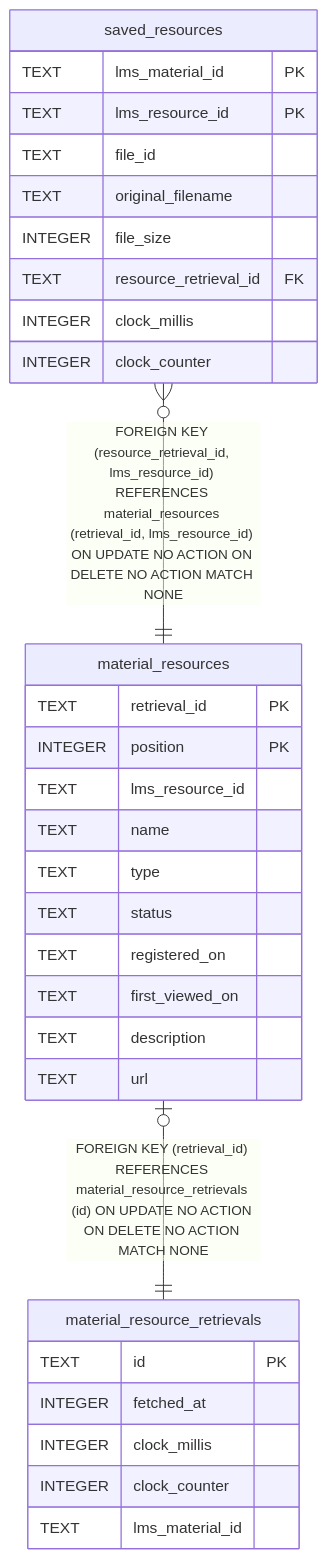
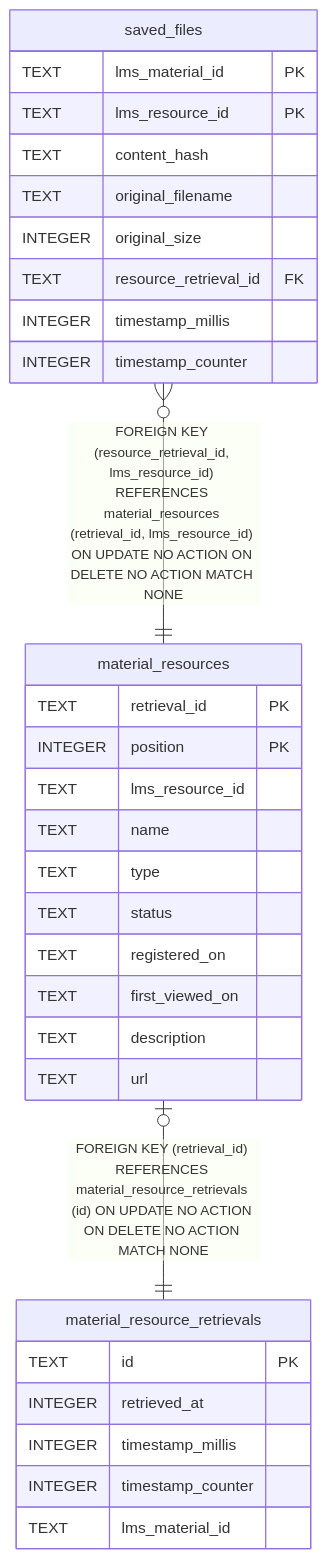
One commit to futsuuu/ku-potato changed the diagram in docs/db/material_resources.md. Above: the diagram before and after it, drawn with Mermaid. The commit also changed other lines of this file and 57 other files, not shown here.

````diff
--- a/docs/db/material_resources.md
+++ b/docs/db/material_resources.md
@@ -67,36 +67,36 @@
 ```mermaid
 erDiagram
 
 "material_resources" |o--|| "material_resource_retrievals" : "FOREIGN KEY (retrieval_id) REFERENCES material_resource_retrievals (id) ON UPDATE NO ACTION ON DELETE NO ACTION MATCH NONE"
-"saved_resources" }o--|| "material_resources" : "FOREIGN KEY (resource_retrieval_id, lms_resource_id) REFERENCES material_resources (retrieval_id, lms_resource_id) ON UPDATE NO ACTION ON DELETE NO ACTION MATCH NONE"
+"saved_files" }o--|| "material_resources" : "FOREIGN KEY (resource_retrieval_id, lms_resource_id) REFERENCES material_resources (retrieval_id, lms_resource_id) ON UPDATE NO ACTION ON DELETE NO ACTION MATCH NONE"
 
 "material_resources" {
   TEXT retrieval_id PK
   INTEGER position PK
   TEXT lms_resource_id
   TEXT name
   TEXT type
   TEXT status
   TEXT registered_on
   TEXT first_viewed_on
   TEXT description
   TEXT url
 }
 "material_resource_retrievals" {
   TEXT id PK
-  INTEGER fetched_at
-  INTEGER clock_millis
-  INTEGER clock_counter
+  INTEGER retrieved_at
+  INTEGER timestamp_millis
+  INTEGER timestamp_counter
   TEXT lms_material_id
 }
-"saved_resources" {
+"saved_files" {
   TEXT lms_material_id PK
   TEXT lms_resource_id PK
-  TEXT file_id
+  TEXT content_hash
   TEXT original_filename
-  INTEGER file_size
+  INTEGER original_size
   TEXT resource_retrieval_id FK
-  INTEGER clock_millis
-  INTEGER clock_counter
+  INTEGER timestamp_millis
+  INTEGER timestamp_counter
 }
 ```
````
